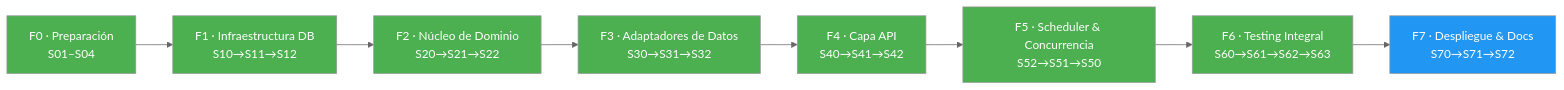
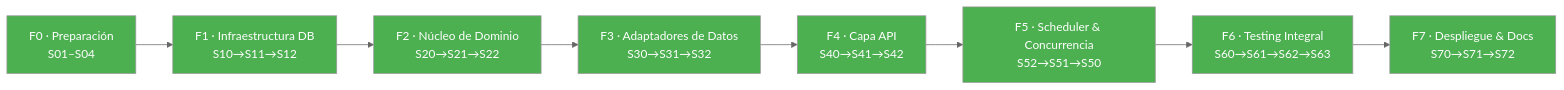
One commit to Fisherk2/esquema-stock-historial changed the diagram in SPEC.md. Above: the diagram before and after it, drawn with Mermaid (neutral theme). The commit also changed other lines of this file and 19 other files, not shown here.

````diff
--- a/SPEC.md
+++ b/SPEC.md
@@ -116,19 +116,19 @@
 ```mermaid
 graph LR
     F0["F0 · Preparación<br/>S01–S04"] --> F1["F1 · Infraestructura DB<br/>S10→S11→S12"]
     F1 --> F2["F2 · Núcleo de Dominio<br/>S20→S21→S22"]
     F2 --> F3["F3 · Adaptadores de Datos<br/>S30→S31→S32"]
     F3 --> F4["F4 · Capa API<br/>S40→S41→S42"]
     F4 --> F5["F5 · Scheduler & Concurrencia<br/>S52→S51→S50"]
     F5 --> F6["F6 · Testing Integral<br/>S60→S61→S62→S63"]
     F6 --> F7["F7 · Despliegue & Docs<br/>S70→S71→S72"]
 
     style F0 fill:#4CAF50,color:#fff
     style F1 fill:#4CAF50,color:#fff
     style F2 fill:#4CAF50,color:#fff
     style F3 fill:#4CAF50,color:#fff
     style F4 fill:#4CAF50,color:#fff
     style F5 fill:#4CAF50,color:#fff
     style F6 fill:#4CAF50,color:#fff
-    style F7 fill:#2196F3,color:#fff
+    style F7 fill:#4CAF50,color:#fff
 ```
````
